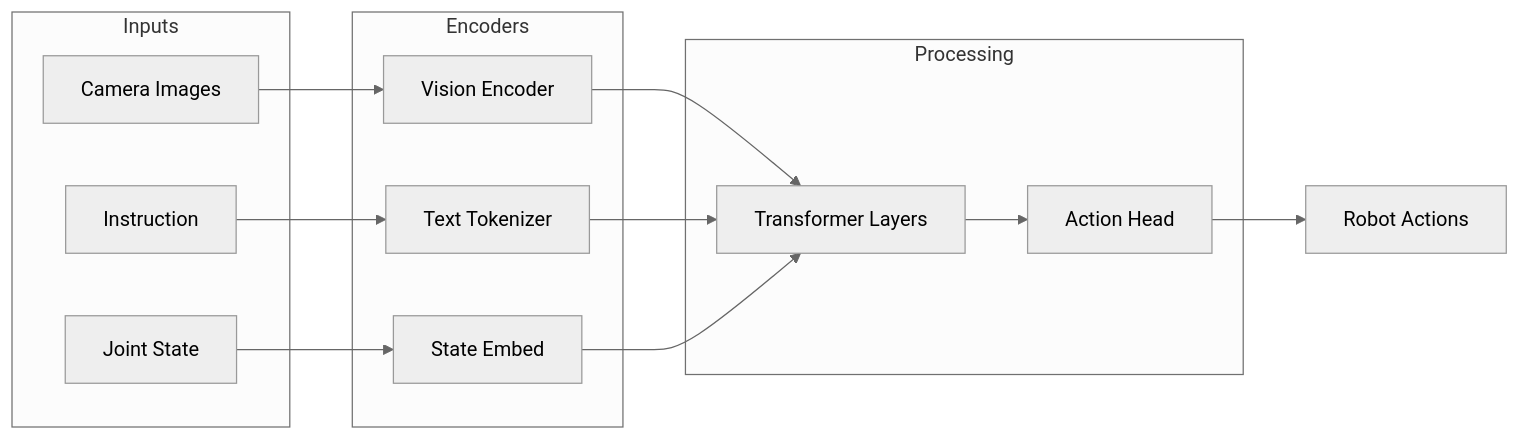
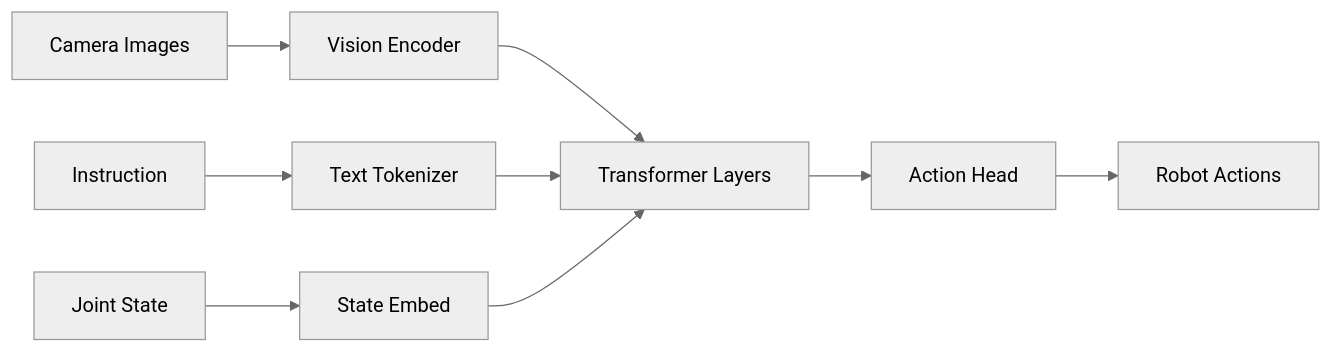
Before and after one commit to antimony-labs/s3m2p: the third of 4 diagrams in BLOG/posts/vla-revolution.md, drawn with Mermaid (neutral theme).

Commit message:
fix(blog): Simplify mermaid diagram in Part 5
Remove subgraphs that may cause syntax errors.

```diff
--- a/BLOG/posts/vla-revolution.md
+++ b/BLOG/posts/vla-revolution.md
@@ -391,28 +391,11 @@
 <div class="mermaid">
 flowchart LR
-    subgraph Inputs
-        I1[Camera Images]
-        I2[Instruction]
-        I3[Joint State]
-    end
-
-    subgraph Encoders
-        E1[Vision Encoder]
-        E2[Text Tokenizer]
-        E3[State Embed]
-    end
-
-    subgraph Processing
-        T[Transformer Layers]
-        A[Action Head]
-    end
-
-    I1 --> E1
-    I2 --> E2
-    I3 --> E3
-    E1 --> T
+    I1[Camera Images] --> E1[Vision Encoder]
+    I2[Instruction] --> E2[Text Tokenizer]
+    I3[Joint State] --> E3[State Embed]
+    E1 --> T[Transformer Layers]
     E2 --> T
     E3 --> T
-    T --> A
+    T --> A[Action Head]
     A --> O[Robot Actions]
 </div>
```
